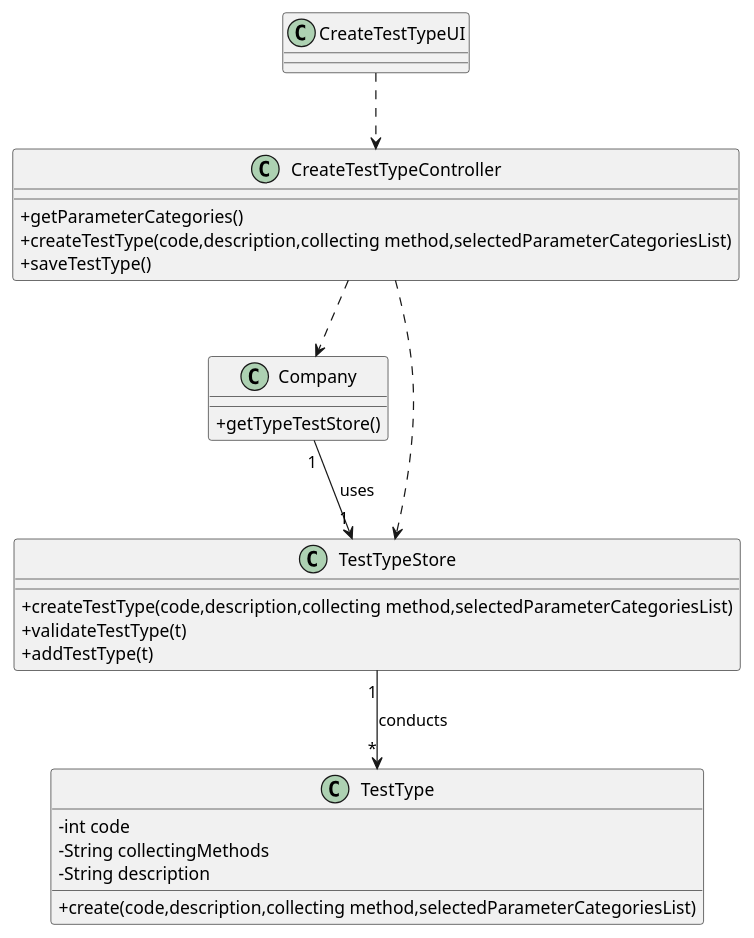
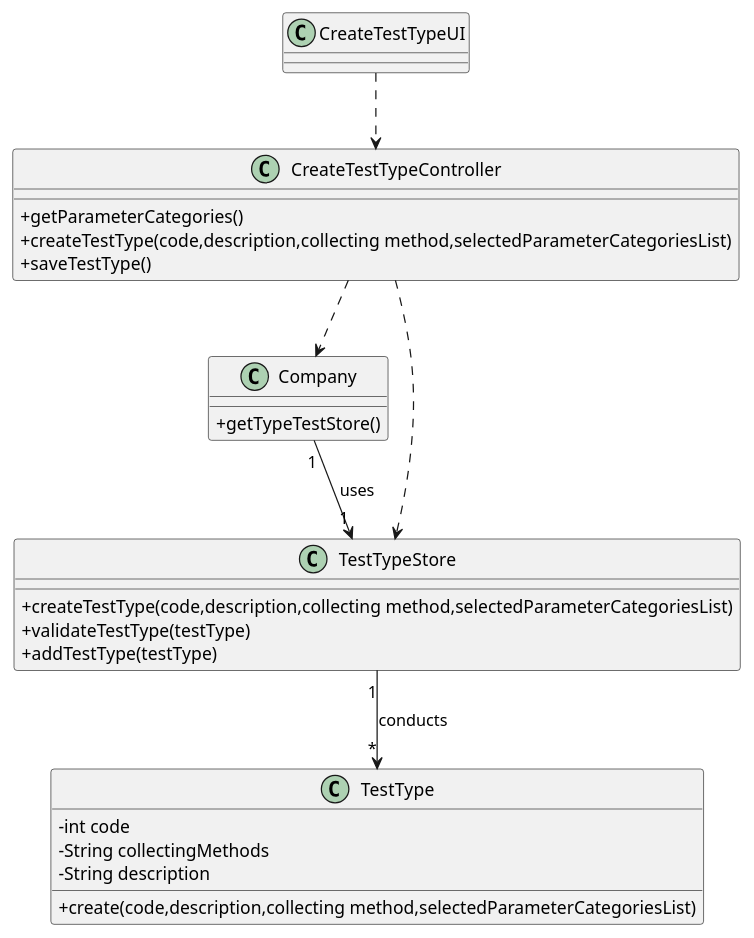
The diagram in docs/SprintB/US09/US09_CD.puml (manu-07-ela/LAPR2_ISEP), drawn with PlantUML before and after one commit. The commit also changed 3 other files, not shown here.

```diff
--- a/docs/SprintB/US09/US09_CD.puml
+++ b/docs/SprintB/US09/US09_CD.puml
@@ -1,36 +1,36 @@
 @startuml
 skinparam classAttributeIconSize 0
 
 class Company{
 +getTypeTestStore()
 }
 
 class CreateTestTypeUI{
 }
 
 class CreateTestTypeController{
 +getParameterCategories()
 +createTestType(code,description,collecting method,selectedParameterCategoriesList)
 +saveTestType()
 }
 
 class TestType{
 -int code
 -String collectingMethods
 -String description
 +create(code,description,collecting method,selectedParameterCategoriesList)
 }
 
 class TestTypeStore{
 +createTestType(code,description,collecting method,selectedParameterCategoriesList)
-+validateTestType(t)
-+addTestType(t)
++validateTestType(testType)
++addTestType(testType)
 }
 
 CreateTestTypeUI ..> CreateTestTypeController
 CreateTestTypeController ..> Company
 CreateTestTypeController ..> TestTypeStore
 Company"1"--> "1" TestTypeStore : uses
 TestTypeStore "1"-->"*" TestType : conducts
 
 @enduml
```
